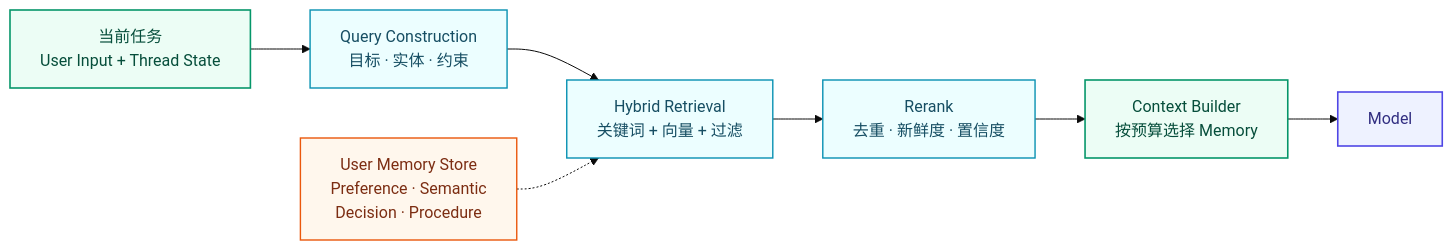
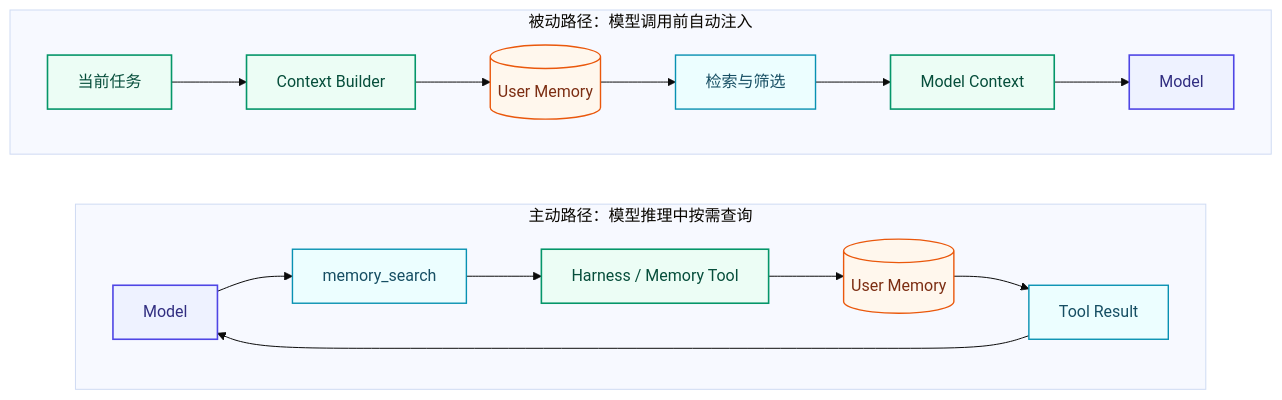
One commit to Kovember/Cool_boy changed the diagram in AG.md. Above: the diagram before and after it, drawn with Mermaid (base theme).

Commit message:
docs: clarify memory access paths

````diff
--- a/AG.md
+++ b/AG.md
@@ -1499,22 +1499,31 @@
 ```mermaid
-flowchart LR
-    STORE["User Memory Store<br/>Preference · Semantic<br/>Decision · Procedure"]
-    TURN["当前任务<br/>User Input + Thread State"]
-    QUERY["Query Construction<br/>目标 · 实体 · 约束"]
-    RETRIEVE["Hybrid Retrieval<br/>关键词 + 向量 + 过滤"]
-    RANK["Rerank<br/>去重 · 新鲜度 · 置信度"]
-    CB["Context Builder<br/>按预算选择 Memory"]
-    MODEL["Model"]
+flowchart TB
+    subgraph PASSIVE["被动路径：模型调用前自动注入"]
+        direction LR
+        INPUT1["当前任务"] --> CB["Context Builder"]
+        CB --> STORE1[("User Memory")]
+        STORE1 --> SELECT["检索与筛选"]
+        SELECT --> CTX["Model Context"]
+        CTX --> MODEL1["Model"]
+    end
 
-    TURN --> QUERY --> RETRIEVE --> RANK --> CB --> MODEL
-    STORE -.-> RETRIEVE
+    subgraph ACTIVE["主动路径：模型推理中按需查询"]
+        direction LR
+        MODEL2["Model"] --> CALL["memory_search"]
+        CALL --> TOOL["Harness / Memory Tool"]
+        TOOL --> STORE2[("User Memory")]
+        STORE2 --> RESULT["Tool Result"]
+        RESULT --> MODEL2
+    end
+
+    MODEL1 ~~~ MODEL2
 
     classDef store fill:#FFF7ED,stroke:#EA580C,color:#7C2D12,stroke-width:1.4px;
     classDef process fill:#ECFEFF,stroke:#0891B2,color:#164E63,stroke-width:1.4px;
     classDef context fill:#ECFDF5,stroke:#059669,color:#064E3B,stroke-width:1.6px;
     classDef model fill:#EEF2FF,stroke:#4F46E5,color:#312E81,stroke-width:1.6px;
-    class STORE store;
-    class QUERY,RETRIEVE,RANK process;
-    class TURN,CB context;
-    class MODEL model;
+    class STORE1,STORE2 store;
+    class SELECT,CALL,RESULT process;
+    class INPUT1,CB,CTX,TOOL context;
+    class MODEL1,MODEL2 model;
 ```
````
